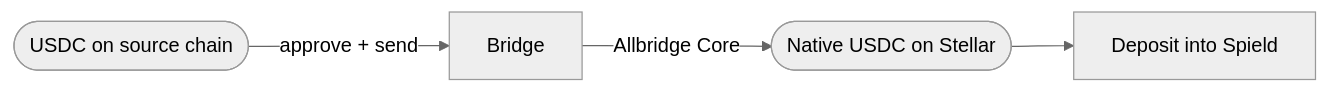
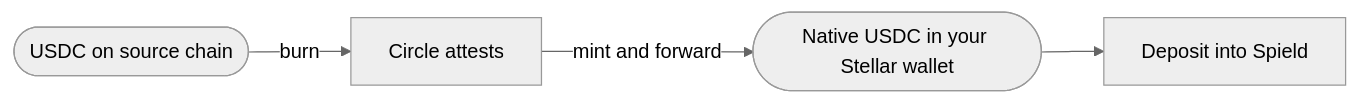
Before and after one commit to Suryashish/spield-docs: the diagram in content/docs/guides/bridge-usdc.mdx, drawn with Mermaid (neutral theme). The commit also changed other lines of this file and 56 other files, not shown here.

````diff
--- a/content/docs/guides/bridge-usdc.mdx
+++ b/content/docs/guides/bridge-usdc.mdx
@@ -60,6 +65,6 @@
 ```mermaid
 flowchart LR
-  A([USDC on source chain]) -->|approve + send| B[Bridge]
-  B -->|Allbridge Core| C([Native USDC on Stellar])
+  A([USDC on source chain]) -->|burn| B[Circle attests]
+  B -->|mint and forward| C([Native USDC in your Stellar wallet])
   C --> D[Deposit into Spield]
 ```
````
